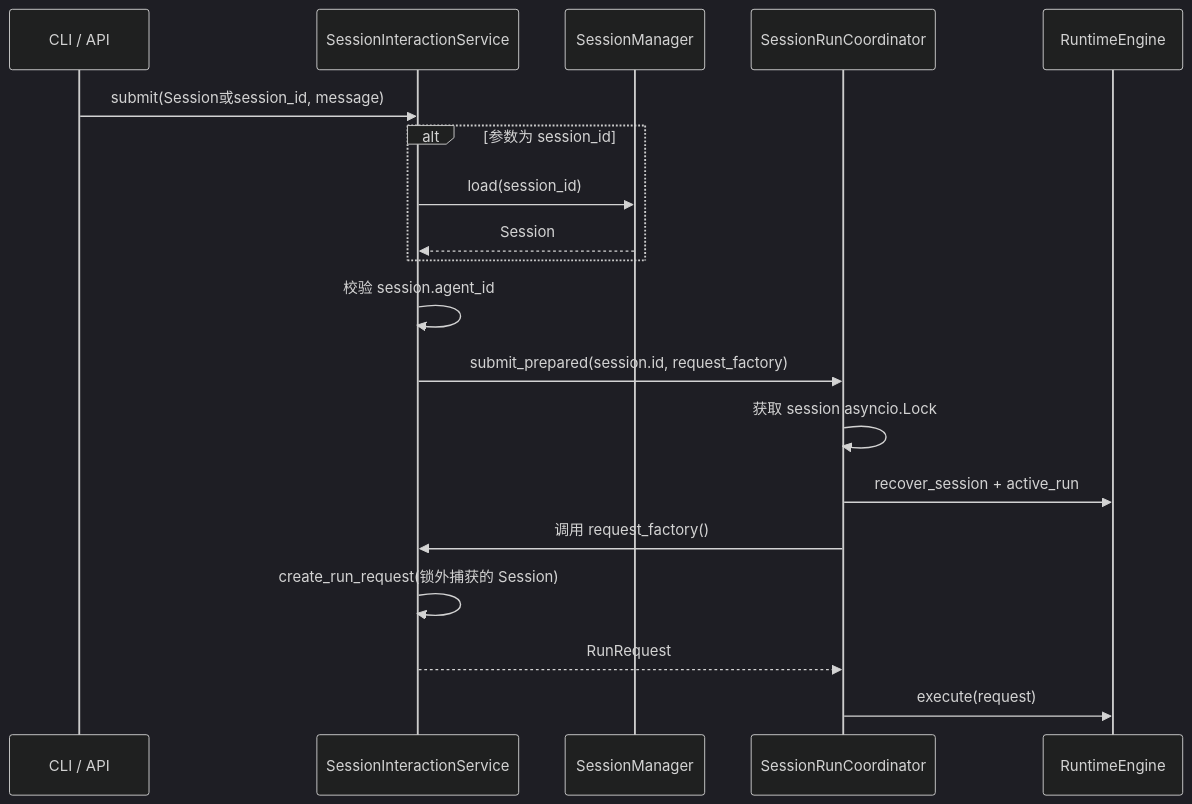
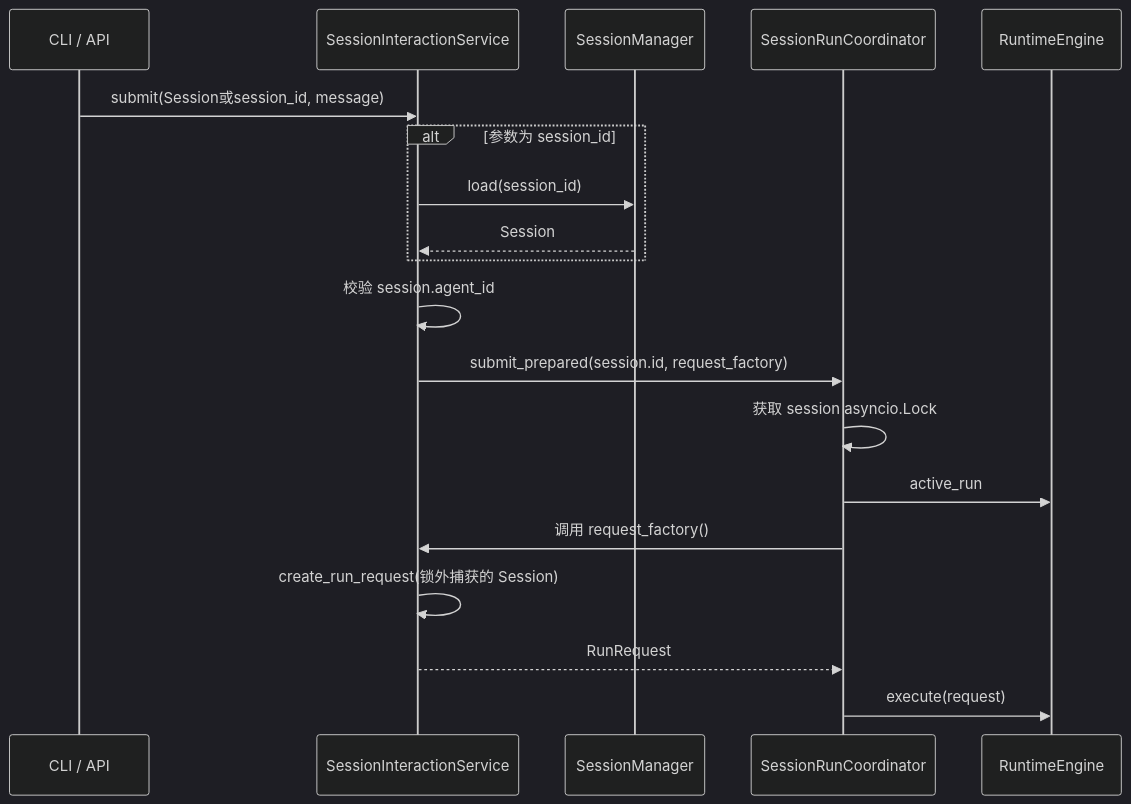
One commit to aandbcct/dotClaw changed the ninth of 22 diagrams in docs/wiki/Session 模块总体说明.md. Above: the diagram before and after it, drawn with Mermaid (dark theme). The commit also changed other lines of this file and 25 other files, not shown here.

````diff
--- a/docs/wiki/Session 模块总体说明.md
+++ b/docs/wiki/Session 模块总体说明.md
@@ -1157,22 +1156,22 @@
 ```mermaid
 sequenceDiagram
     participant CLI as CLI / API
     participant Entry as SessionInteractionService
     participant Manager as SessionManager
     participant Coord as SessionRunCoordinator
     participant Engine as RuntimeEngine
 
     CLI->>Entry: submit(Session或session_id, message)
     alt 参数为 session_id
         Entry->>Manager: load(session_id)
         Manager-->>Entry: Session
     end
     Entry->>Entry: 校验 session.agent_id
     Entry->>Coord: submit_prepared(session.id, request_factory)
     Coord->>Coord: 获取 session asyncio.Lock
-    Coord->>Engine: recover_session + active_run
+    Coord->>Engine: active_run
     Coord->>Entry: 调用 request_factory()
     Entry->>Entry: create_run_request(锁外捕获的 Session)
     Entry-->>Coord: RunRequest
     Coord->>Engine: execute(request)
 ```
````
